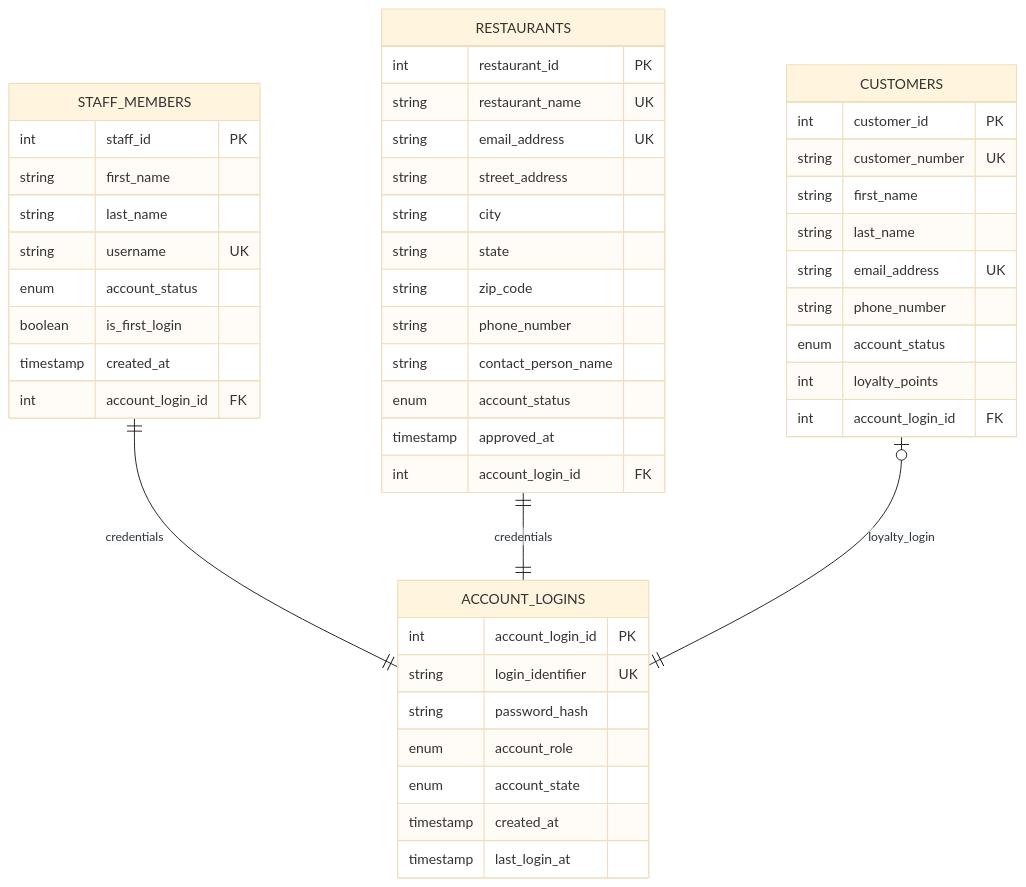
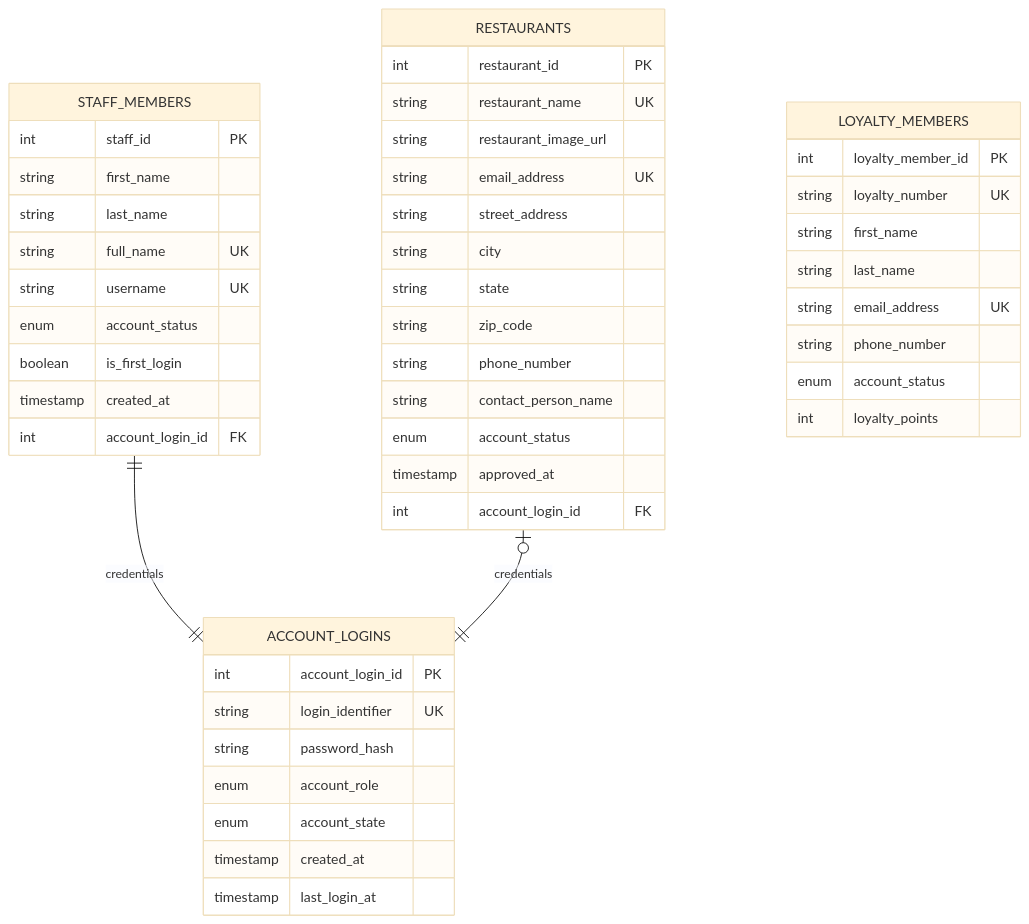
The first of 4 diagrams in docs/frontdash-database-design.md (kassi-bertrand/frontdash), drawn with Mermaid (base theme) before and after one commit. The commit also changed other lines of this file, not shown here.

````diff
--- a/docs/frontdash-database-design.md
+++ b/docs/frontdash-database-design.md
@@ -368,54 +364,54 @@
 ```mermaid
 erDiagram
   ACCOUNT_LOGINS {
     int account_login_id PK
     string login_identifier UK
     string password_hash
     enum account_role
     enum account_state
     timestamp created_at
     timestamp last_login_at
   }
 
   STAFF_MEMBERS {
     int staff_id PK
     string first_name
     string last_name
+    string full_name UK
     string username UK
     enum account_status
     boolean is_first_login
     timestamp created_at
     int account_login_id FK
   }
 
   RESTAURANTS {
     int restaurant_id PK
     string restaurant_name UK
+    string restaurant_image_url
     string email_address UK
     string street_address
     string city
     string state
     string zip_code
     string phone_number
     string contact_person_name
     enum account_status
     timestamp approved_at
     int account_login_id FK
   }
 
-  CUSTOMERS {
-    int customer_id PK
-    string customer_number UK
+  LOYALTY_MEMBERS {
+    int loyalty_member_id PK
+    string loyalty_number UK
     string first_name
     string last_name
     string email_address UK
     string phone_number
     enum account_status
     int loyalty_points
-    int account_login_id FK
   }
 
   STAFF_MEMBERS ||--|| ACCOUNT_LOGINS : credentials
-  RESTAURANTS  ||--|| ACCOUNT_LOGINS : credentials
-  CUSTOMERS   o|--|| ACCOUNT_LOGINS : loyalty_login
+  RESTAURANTS  o|--|| ACCOUNT_LOGINS : credentials
 ```
````
